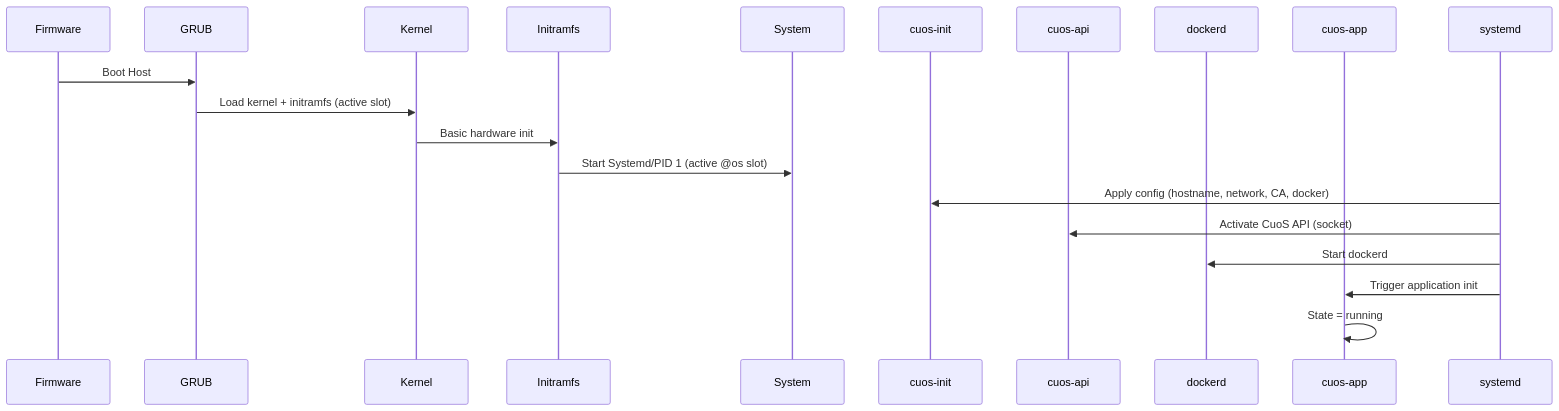
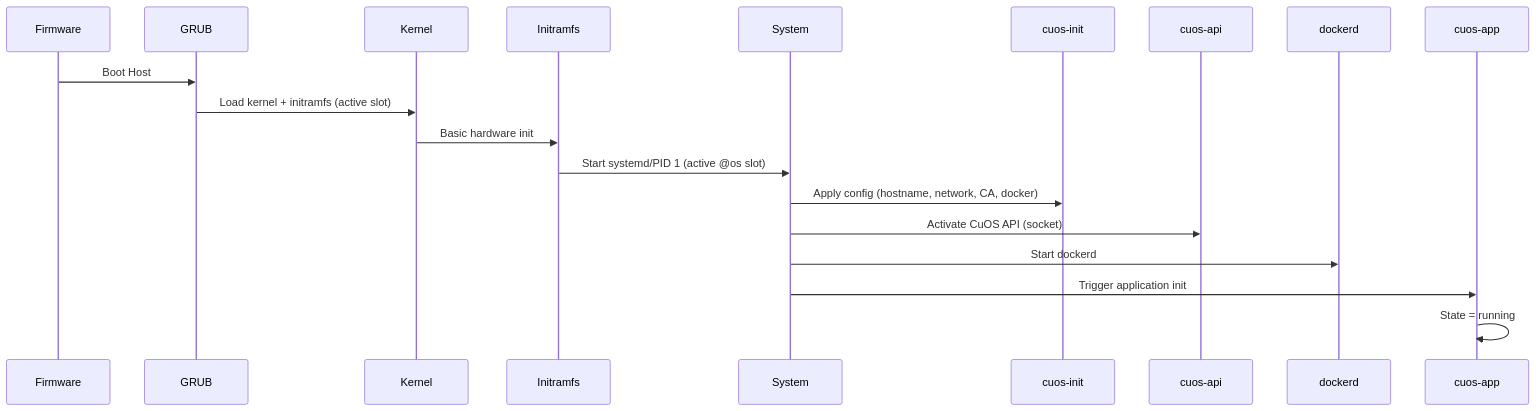
Before and after one commit to cuos-dev/cuos: the first of 2 diagrams in docs/architecture.md, drawn with Mermaid. The commit also changed other lines of this file and 7 other files, not shown here.

First line of the commit message:
fix: the schema rejected its own docker_net_space default

````diff
--- a/docs/architecture.md
+++ b/docs/architecture.md
@@ -46,22 +46,22 @@
 ```mermaid
 sequenceDiagram
   participant FW as Firmware
   participant GRUB
   participant Kernel
   participant Initramfs
   participant System
   participant cuosInit as cuos-init
   participant cuosApi as cuos-api
   participant DockerD as dockerd
   participant cuosApp as cuos-app
 
   FW->>GRUB: Boot Host
   GRUB->>Kernel: Load kernel + initramfs (active slot)
   Kernel->>Initramfs: Basic hardware init
-  Initramfs->>System: Start Systemd/PID 1 (active @os slot)
-  systemd->>cuosInit: Apply config (hostname, network, CA, docker)
-  systemd->>cuosApi: Activate CuoS API (socket)
-  systemd->>DockerD: Start dockerd
-  systemd->>cuosApp: Trigger application init
+  Initramfs->>System: Start systemd/PID 1 (active @os slot)
+  System->>cuosInit: Apply config (hostname, network, CA, docker)
+  System->>cuosApi: Activate CuOS API (socket)
+  System->>DockerD: Start dockerd
+  System->>cuosApp: Trigger application init
   cuosApp->>cuosApp: State = running
 ```
````
